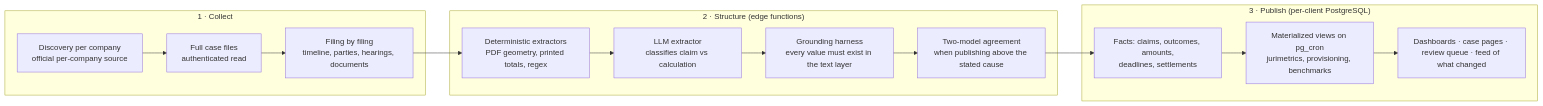
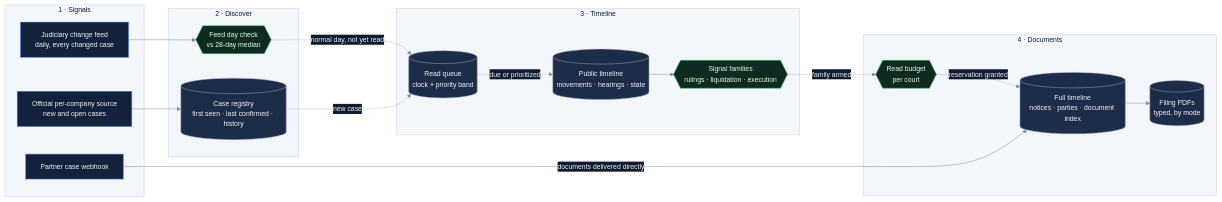
Before and after one commit to Fabrizionp/portfolio: the first of 2 diagrams in case-studies/05-agentic-extraction-platform.md, drawn with Mermaid. The commit also changed other lines of this file and 17 other files, not shown here.

Commit message:
feat: technical review round: deeper case studies, spec-driven human-guided playbook, Laboris alert layers, reconciled demos

````diff
--- a/case-studies/05-agentic-extraction-platform.md
+++ b/case-studies/05-agentic-extraction-platform.md
@@ -18,20 +27,38 @@
 ```mermaid
+%%{init: {"theme":"base","themeVariables":{"primaryColor":"#13223a","primaryTextColor":"#eef2f8","primaryBorderColor":"#2bc4dd","lineColor":"#7f8da6","secondaryColor":"#0f1b2e","tertiaryColor":"#1d2d48","clusterBkg":"#f3f6fb","clusterBorder":"#c7d0e0","titleColor":"#0f1b2e","fontFamily":"Segoe UI, Helvetica, Arial, sans-serif","fontSize":"14px"}}}%%
 flowchart LR
-    subgraph collect["1 · Collect"]
-        ceat["Discovery per company<br/>official per-company source"]
-        integra["Full case files<br/>authenticated read"]
-        granular["Filing by filing<br/>timeline, parties, hearings, documents"]
+    classDef source fill:#13223a,stroke:#4c8cf5,color:#eef2f8
+    classDef gate   fill:#102a1f,stroke:#2ecc71,color:#d7ffe6
+    classDef store  fill:#1d2d48,stroke:#9aa6bb,color:#eef2f8
+
+    subgraph S1["1 · Signals"]
+        FEED["Judiciary change feed<br/>daily, every changed case"]:::source
+        CERT["Official per-company source<br/>new and open cases"]:::source
+        HOOK["Partner case webhook"]:::source
     end
-    subgraph structure["2 · Structure (edge functions)"]
-        det["Deterministic extractors<br/>PDF geometry, printed totals, regex"]
-        llm["LLM extractor<br/>classifies claim vs calculation"]
-        harness["Grounding harness<br/>every value must exist in the text layer"]
-        agree["Two-model agreement<br/>when publishing above the stated cause"]
+    subgraph S2["2 · Discover"]
+        DAY{{"Feed day check<br/>vs 28-day median"}}:::gate
+        REG[("Case registry<br/>first seen · last confirmed · history")]:::store
     end
-    subgraph publish["3 · Publish (per-client PostgreSQL)"]
-        facts["Facts: claims, outcomes, amounts,<br/>deadlines, settlements"]
-        mv["Materialized views on pg_cron<br/>jurimetrics, provisioning, benchmarks"]
-        ui["Dashboards · case pages · review queue · feed of what changed"]
+    subgraph S3["3 · Timeline"]
+        QUEUE[("Read queue<br/>clock + priority band")]:::store
+        PUB[("Public timeline<br/>movements · hearings · state")]:::store
+        SIG{{"Signal families<br/>rulings · liquidation · execution"}}:::gate
     end
-    ceat --> integra --> granular --> det --> llm --> harness --> agree --> facts --> mv --> ui
+    subgraph S4["4 · Documents"]
+        BUD{{"Read budget<br/>per court"}}:::gate
+        FULL[("Full timeline<br/>notices · parties · document index")]:::store
+        PDF[("Filing PDFs<br/>typed, by mode")]:::store
+    end
+
+    FEED --> DAY
+    DAY -.->|normal day, not yet read| QUEUE
+    CERT --> REG
+    REG -.->|new case| QUEUE
+    QUEUE -.->|due or prioritized| PUB
+    PUB --> SIG
+    SIG -.->|family armed| BUD
+    BUD -.->|reservation granted| FULL
+    HOOK -->|"documents delivered directly"| FULL
+    FULL --> PDF
 ```
````
